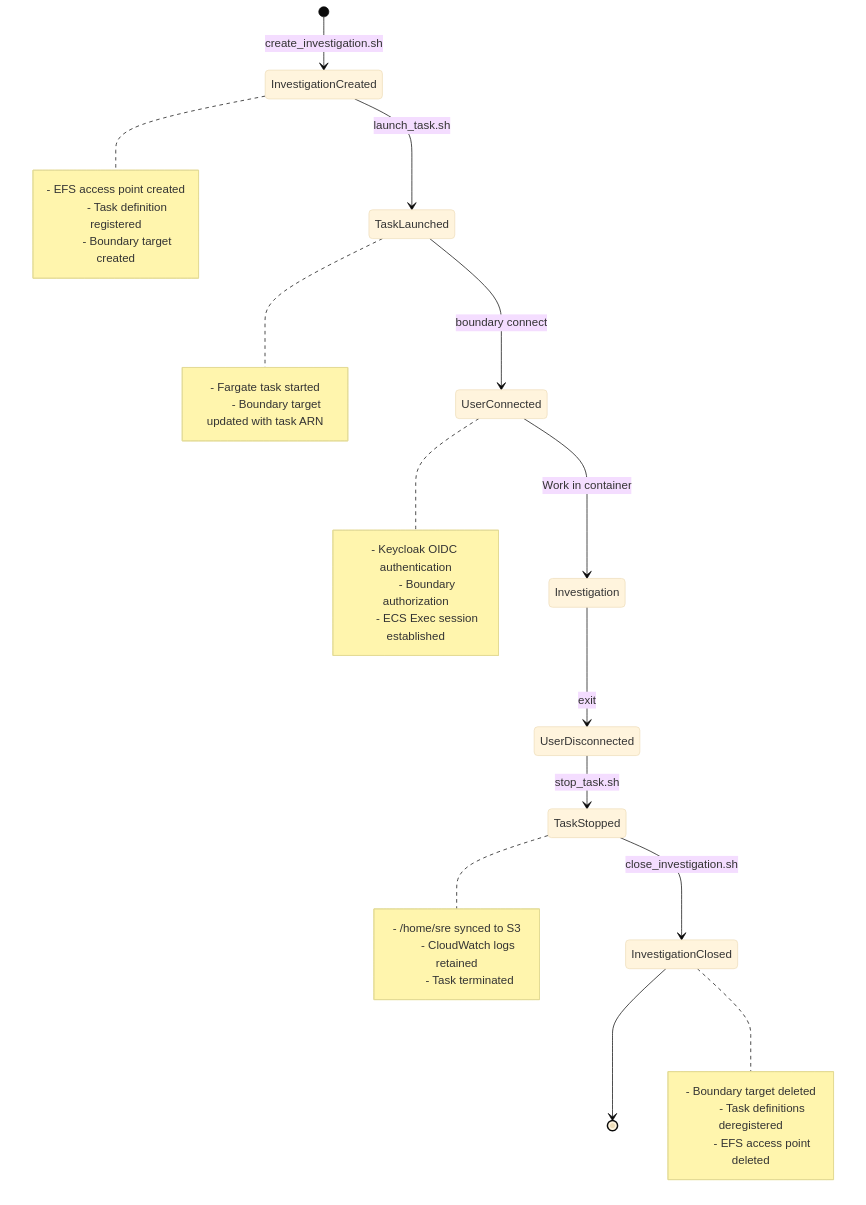
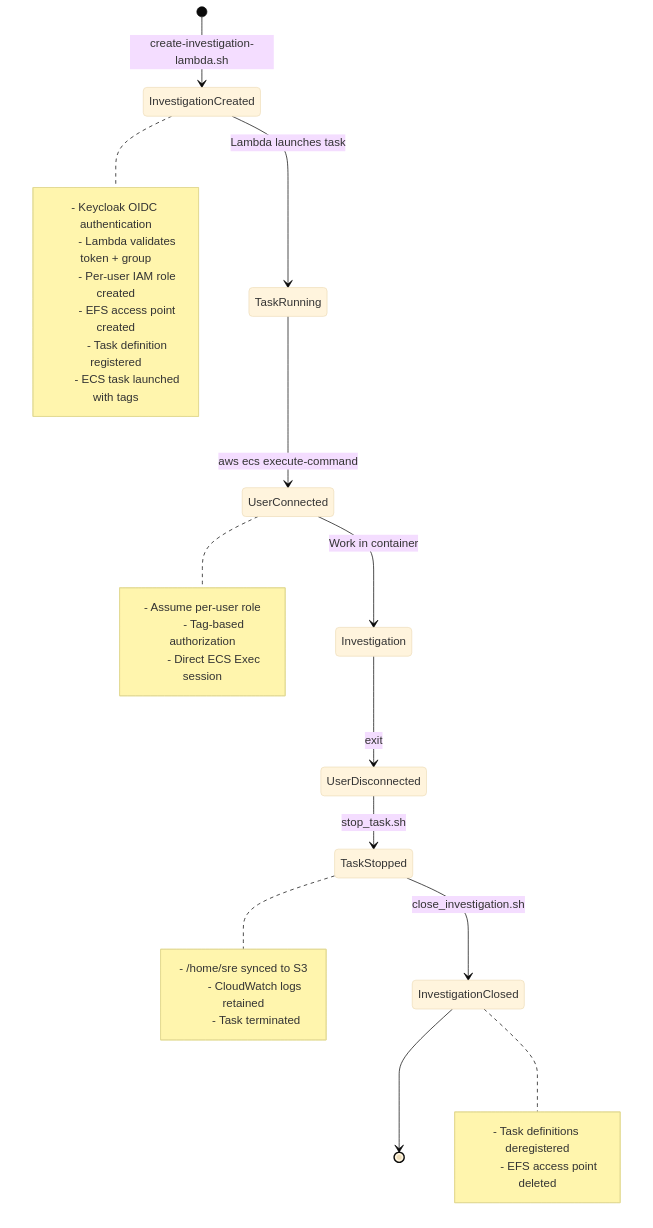
The first of 2 diagrams in docs/runbooks/investigation-workflow.md (openshift-online/rosa-boundary), drawn with Mermaid (base theme) before and after one commit. The commit also changed other lines of this file, not shown here.

First line of the commit message:
Remove Boundary references from investigation workflow documentation

````diff
--- a/docs/runbooks/investigation-workflow.md
+++ b/docs/runbooks/investigation-workflow.md
@@ -9,40 +9,37 @@
 ```mermaid
 stateDiagram-v2
-    [*] --> InvestigationCreated: create_investigation.sh
-    InvestigationCreated --> TaskLaunched: launch_task.sh
-    TaskLaunched --> UserConnected: boundary connect
+    [*] --> InvestigationCreated: create-investigation-lambda.sh
+    InvestigationCreated --> TaskRunning: Lambda launches task
+    TaskRunning --> UserConnected: aws ecs execute-command
     UserConnected --> Investigation: Work in container
     Investigation --> UserDisconnected: exit
     UserDisconnected --> TaskStopped: stop_task.sh
     TaskStopped --> InvestigationClosed: close_investigation.sh
     InvestigationClosed --> [*]
 
     note right of InvestigationCreated
+        - Keycloak OIDC authentication
+        - Lambda validates token + group
+        - Per-user IAM role created
         - EFS access point created
         - Task definition registered
-        - Boundary target created
-    end note
-
-    note right of TaskLaunched
-        - Fargate task started
-        - Boundary target updated with task ARN
+        - ECS task launched with tags
     end note
 
     note right of UserConnected
-        - Keycloak OIDC authentication
-        - Boundary authorization
-        - ECS Exec session established
+        - Assume per-user role
+        - Tag-based authorization
+        - Direct ECS Exec session
     end note
 
     note right of TaskStopped
         - /home/sre synced to S3
         - CloudWatch logs retained
         - Task terminated
     end note
 
     note right of InvestigationClosed
-        - Boundary target deleted
         - Task definitions deregistered
         - EFS access point deleted
     end note
 ```
````
